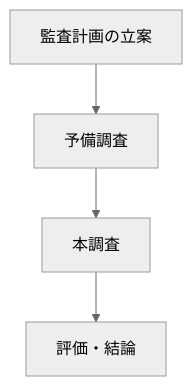
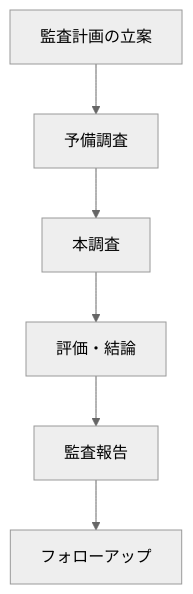
Before and after one commit to yuki-20260619/study: the first of 4 diagrams in src/study/FE/notes/day08_20260715/day08_20260715.md, drawn with Mermaid (neutral theme). The commit also changed other lines of this file and 2 other files, not shown here.

````diff
--- a/src/study/FE/notes/day08_20260715/day08_20260715.md
+++ b/src/study/FE/notes/day08_20260715/day08_20260715.md
@@ -38,5 +38,11 @@
   ```mermaid
   flowchart TB
-    A[監査計画の立案] --> B[予備調査] --> 
-    C[本調査] --> D[評価・結論]
+    A[監査計画の立案] 
+    B[予備調査] 
+    C[本調査]
+    D["評価・結論"]
+    E[監査報告]
+    F[フォローアップ]
+    
+    A --> B --> C --> D --> E --> F
   ```
````
